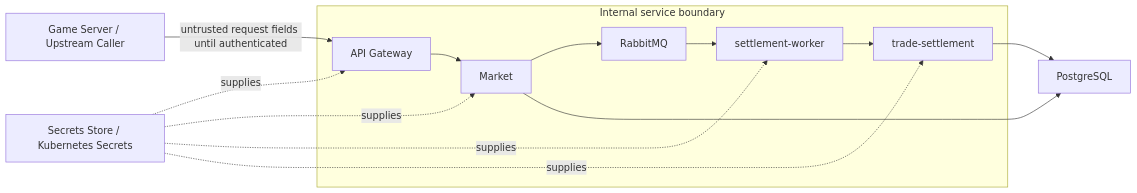
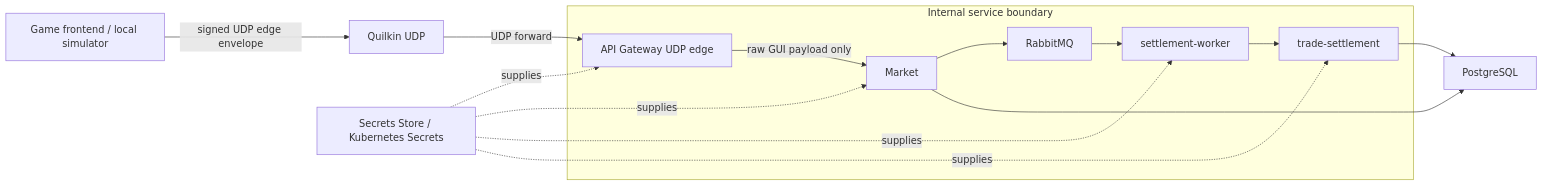
One commit to QuasarRay/eve-trade changed the diagram in Architecture/ISO-42010/07-security-trust-view.md. Above: the diagram before and after it, drawn with Mermaid. The commit also changed other lines of this file and 61 other files, not shown here.

````diff
--- a/Architecture/ISO-42010/07-security-trust-view.md
+++ b/Architecture/ISO-42010/07-security-trust-view.md
@@ -22,16 +22,17 @@
 ```mermaid
 flowchart LR
-  Caller["Game Server / Upstream Caller"] -->|untrusted request fields until authenticated| Gateway["API Gateway"]
+  Caller["Game frontend / local simulator"] -->|signed UDP edge envelope| Quilkin["Quilkin UDP"]
+  Quilkin -->|UDP forward| Gateway["API Gateway UDP edge"]
   subgraph InternalServices["Internal service boundary"]
-    Gateway --> Market["Market"]
+    Gateway -->|raw GUI payload only| Market["Market"]
     Market --> Rabbit["RabbitMQ"]
     Rabbit --> Worker["settlement-worker"]
     Worker --> Settlement["trade-settlement"]
   end
   Settlement --> Database["PostgreSQL"]
   Market --> Database
   Secrets["Secrets Store / Kubernetes Secrets"] -. supplies .-> Gateway
   Secrets -. supplies .-> Market
   Secrets -. supplies .-> Worker
   Secrets -. supplies .-> Settlement
 ```
````
